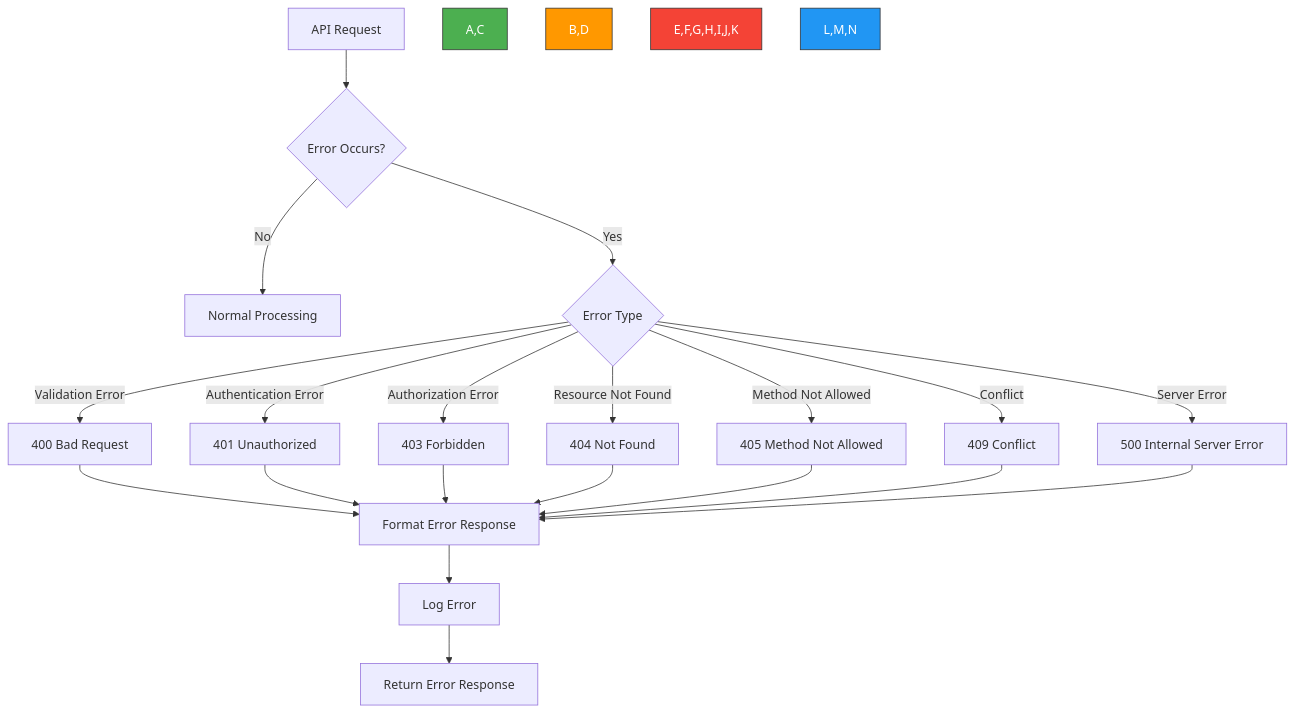
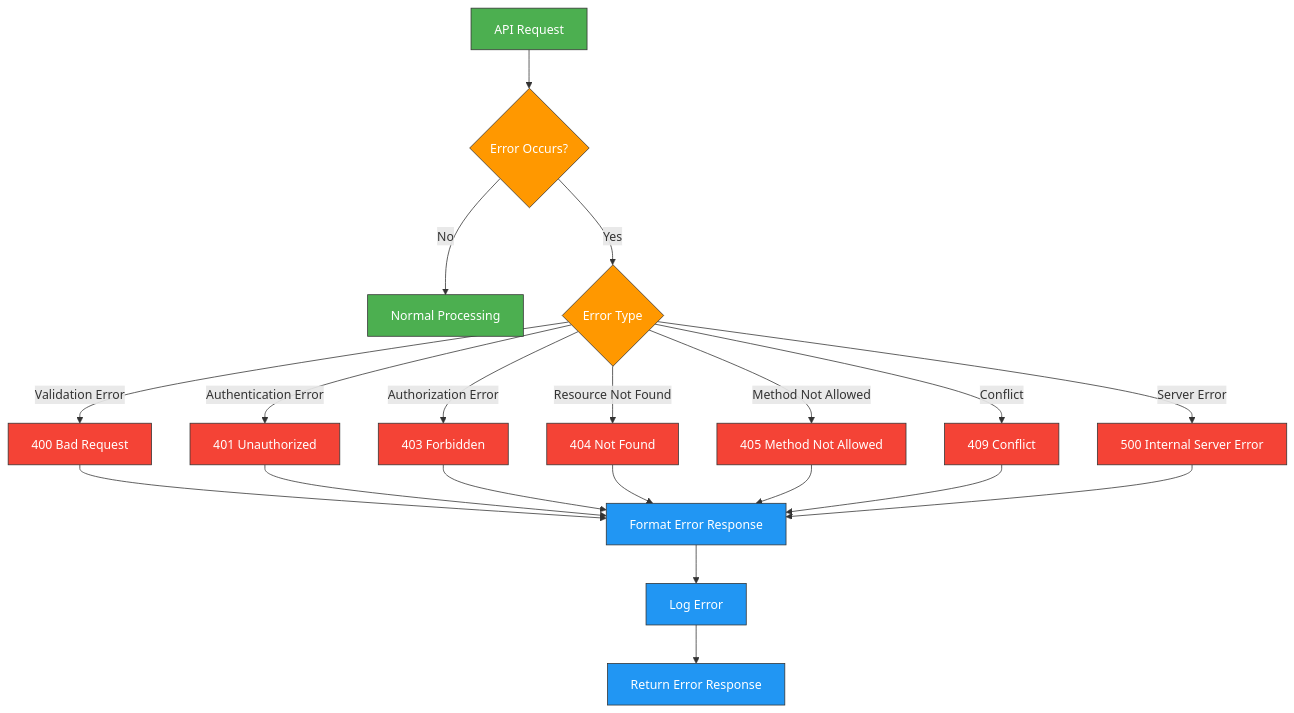
The third of 4 diagrams in TuPhung_Docs/docs/backend/api.md (TuPhung369/Haaga_Backend_Programming), drawn with Mermaid before and after one commit. The commit also changed other lines of this file and 25 other files, not shown here.

````diff
--- a/TuPhung_Docs/docs/backend/api.md
+++ b/TuPhung_Docs/docs/backend/api.md
@@ -78,30 +78,35 @@
 ```mermaid
 flowchart TD
     A[API Request] --> B{Error Occurs?}
     B -->|No| C[Normal Processing]
     B -->|Yes| D{Error Type}
 
     D -->|Validation Error| E[400 Bad Request]
     D -->|Authentication Error| F[401 Unauthorized]
     D -->|Authorization Error| G[403 Forbidden]
     D -->|Resource Not Found| H[404 Not Found]
     D -->|Method Not Allowed| I[405 Method Not Allowed]
     D -->|Conflict| J[409 Conflict]
     D -->|Server Error| K[500 Internal Server Error]
 
     E --> L[Format Error Response]
     F --> L
     G --> L
     H --> L
     I --> L
     J --> L
     K --> L
 
     L --> M[Log Error]
     M --> N[Return Error Response]
 
-    style A,C fill:#4CAF50,stroke:#333,stroke-width:1px,color:#fff
-    style B,D fill:#FF9800,stroke:#333,stroke-width:1px,color:#fff
-    style E,F,G,H,I,J,K fill:#F44336,stroke:#333,stroke-width:1px,color:#fff
-    style L,M,N fill:#2196F3,stroke:#333,stroke-width:1px,color:#fff
+    classDef entryPoints fill:#4CAF50,stroke:#333,stroke-width:1px,color:#fff
+    classDef middleware fill:#FF9800,stroke:#333,stroke-width:1px,color:#fff
+    classDef processing fill:#F44336,stroke:#333,stroke-width:1px,color:#fff
+    classDef errorHandling fill:#2196F3,stroke:#333,stroke-width:1px,color:#fff
+    
+    class A,C entryPoints
+    class B,D middleware
+    class E,F,G,H,I,J,K processing
+    class L,M,N errorHandling
 ```
````
